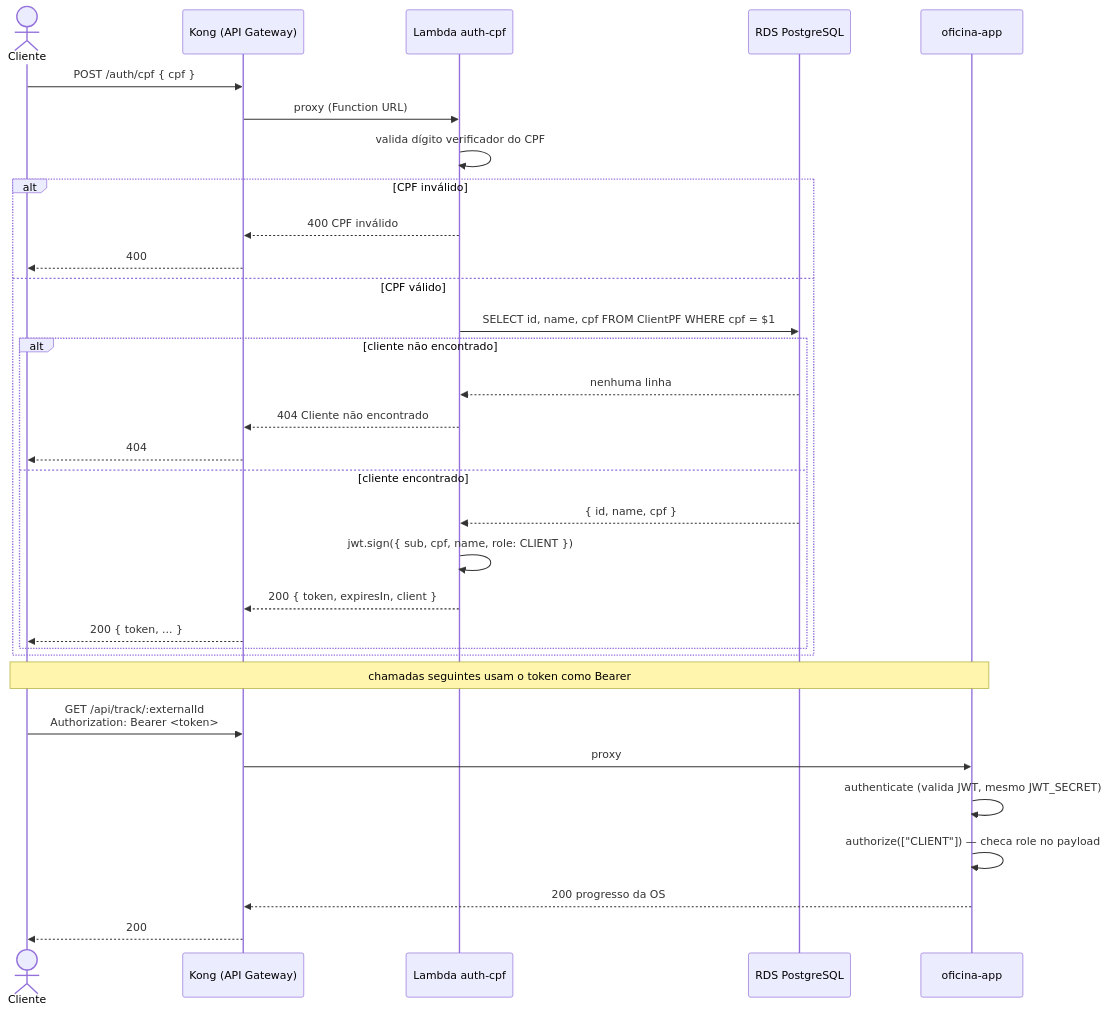
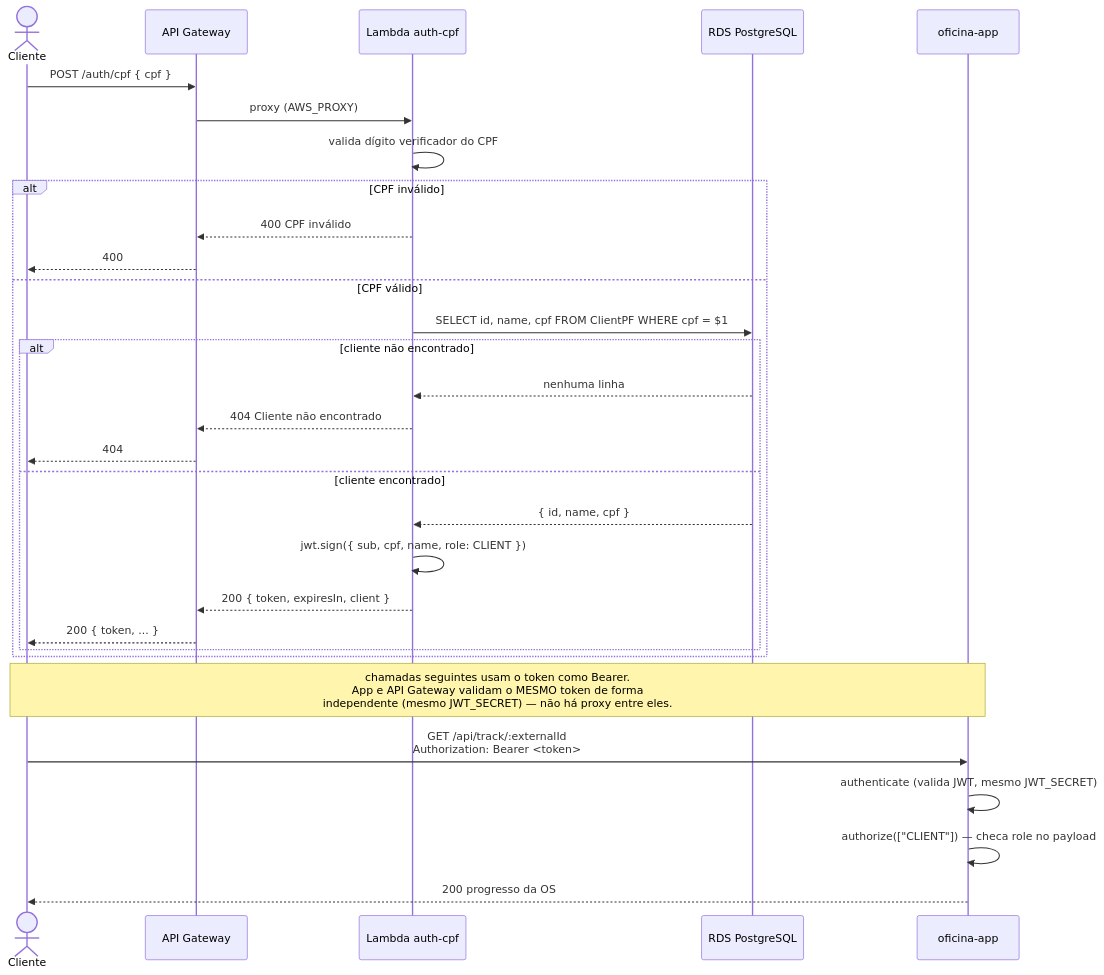
Before and after one commit to arodri19/soat-fiap-oficina-mecanica: the first of 2 diagrams in docs/architecture/diagrama-sequencia.md, drawn with Mermaid. The commit also changed other lines of this file and 6 other files, not shown here.

First line of the commit message:
docs: registra a troca de Kong por AWS API Gateway (ADR 0006)

````diff
--- a/docs/architecture/diagrama-sequencia.md
+++ b/docs/architecture/diagrama-sequencia.md
@@ -5,37 +5,35 @@
 ```mermaid
 sequenceDiagram
     actor Cliente
-    participant Kong as Kong (API Gateway)
+    participant GW as API Gateway
     participant Lambda as Lambda auth-cpf
     participant RDS as RDS PostgreSQL
     participant App as oficina-app
 
-    Cliente ->> Kong: POST /auth/cpf { cpf }
-    Kong ->> Lambda: proxy (Function URL)
+    Cliente ->> GW: POST /auth/cpf { cpf }
+    GW ->> Lambda: proxy (AWS_PROXY)
     Lambda ->> Lambda: valida dígito verificador do CPF
     alt CPF inválido
-        Lambda -->> Kong: 400 CPF inválido
-        Kong -->> Cliente: 400
+        Lambda -->> GW: 400 CPF inválido
+        GW -->> Cliente: 400
     else CPF válido
         Lambda ->> RDS: SELECT id, name, cpf FROM ClientPF WHERE cpf = $1
         alt cliente não encontrado
             RDS -->> Lambda: nenhuma linha
-            Lambda -->> Kong: 404 Cliente não encontrado
-            Kong -->> Cliente: 404
+            Lambda -->> GW: 404 Cliente não encontrado
+            GW -->> Cliente: 404
         else cliente encontrado
             RDS -->> Lambda: { id, name, cpf }
             Lambda ->> Lambda: jwt.sign({ sub, cpf, name, role: CLIENT })
-            Lambda -->> Kong: 200 { token, expiresIn, client }
-            Kong -->> Cliente: 200 { token, ... }
+            Lambda -->> GW: 200 { token, expiresIn, client }
+            GW -->> Cliente: 200 { token, ... }
         end
     end
 
-    Note over Cliente,App: chamadas seguintes usam o token como Bearer
+    Note over Cliente,App: chamadas seguintes usam o token como Bearer.<br/>App e API Gateway validam o MESMO token de forma<br/>independente (mesmo JWT_SECRET) — não há proxy entre eles.
 
-    Cliente ->> Kong: GET /api/track/:externalId<br/>Authorization: Bearer <token>
-    Kong ->> App: proxy
+    Cliente ->> App: GET /api/track/:externalId<br/>Authorization: Bearer <token>
     App ->> App: authenticate (valida JWT, mesmo JWT_SECRET)
     App ->> App: authorize(["CLIENT"]) — checa role no payload
-    App -->> Kong: 200 progresso da OS
-    Kong -->> Cliente: 200
+    App -->> Cliente: 200 progresso da OS
 ```
````
